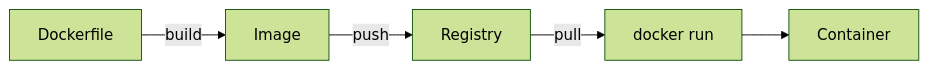
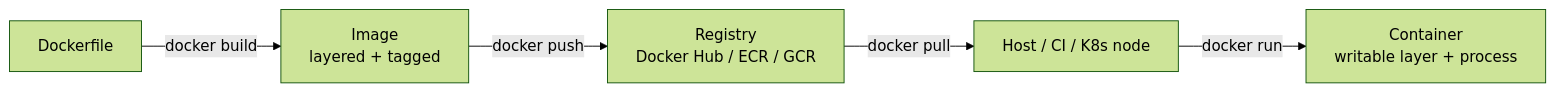
One commit to hareramcse/SystemDesign changed diagram 15 of 47 in 11-cloud-and-kubernetes/README.md. Above: the diagram before and after it, drawn with Mermaid (forest theme). The commit also changed other lines of this file and 14 other files, not shown here.

````diff
--- a/11-cloud-and-kubernetes/README.md
+++ b/11-cloud-and-kubernetes/README.md
@@ -785,7 +797,7 @@
 ```mermaid
 flowchart LR
-    DF[Dockerfile] -->|build| Image[Image]
-    Image -->|push| Registry[Registry]
-    Registry -->|pull| Run[docker run]
-    Run --> Container[Container]
+    DF[Dockerfile] -->|docker build| Image[Image<br/>layered + tagged]
+    Image -->|docker push| Reg[Registry<br/>Docker Hub / ECR / GCR]
+    Reg -->|docker pull| Node[Host / CI / K8s node]
+    Node -->|docker run| C[Container<br/>writable layer + process]
 ```
````
